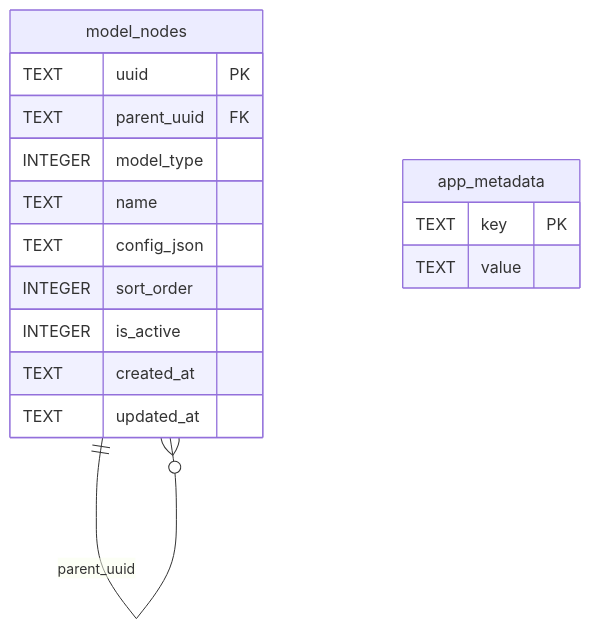
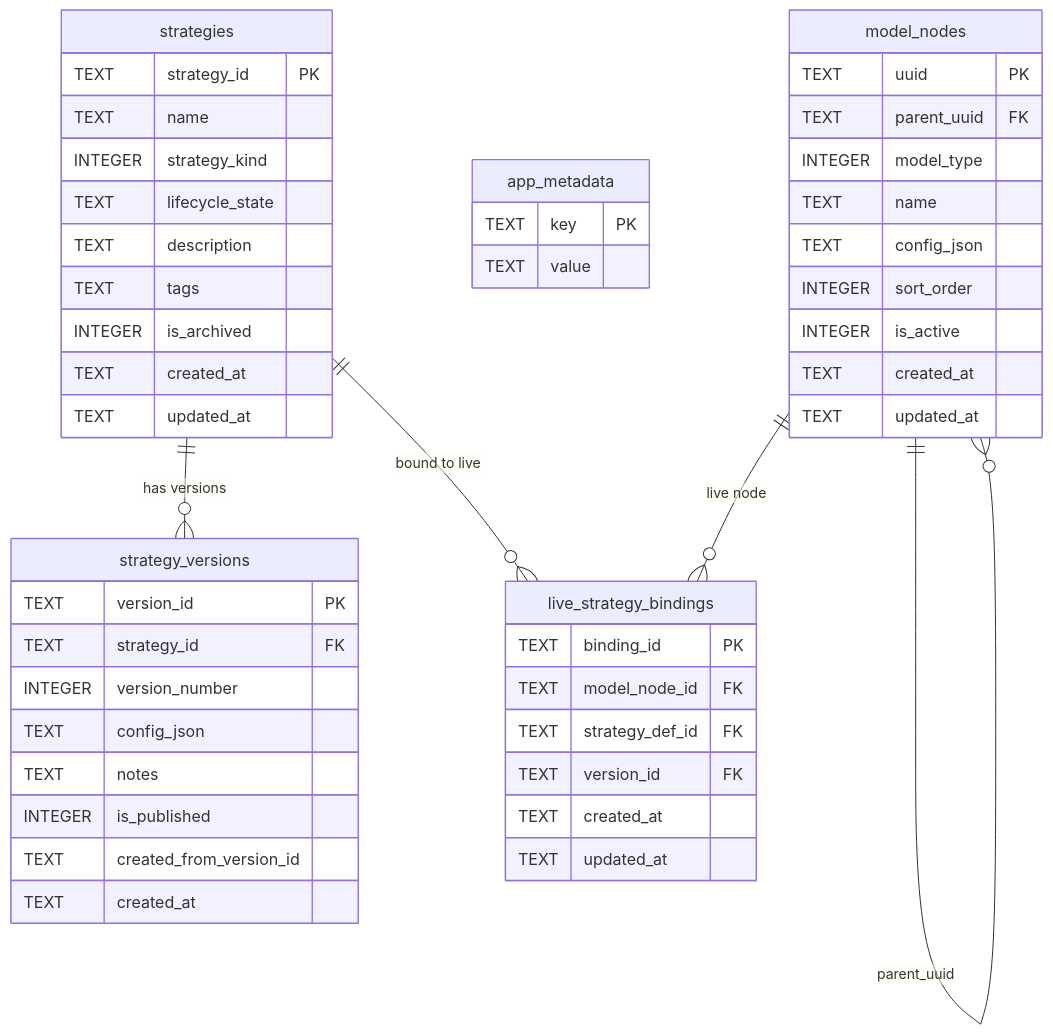
One commit to CloseToAlgoTrading/IbTradeQtDev changed diagram 19 of 22 in IbTradeQt/docs/ARCHITECTURE.md. Above: the diagram before and after it, drawn with Mermaid. The commit also changed other lines of this file and 33 other files, not shown here.

````diff
--- a/IbTradeQt/docs/ARCHITECTURE.md
+++ b/IbTradeQt/docs/ARCHITECTURE.md
@@ -754,19 +873,51 @@
 ```mermaid
 erDiagram
     model_nodes {
         TEXT uuid PK
         TEXT parent_uuid FK
         INTEGER model_type
         TEXT name
         TEXT config_json
         INTEGER sort_order
         INTEGER is_active
         TEXT created_at
         TEXT updated_at
     }
     app_metadata {
         TEXT key PK
         TEXT value
     }
+    strategies {
+        TEXT strategy_id PK
+        TEXT name
+        INTEGER strategy_kind
+        TEXT lifecycle_state
+        TEXT description
+        TEXT tags
+        INTEGER is_archived
+        TEXT created_at
+        TEXT updated_at
+    }
+    strategy_versions {
+        TEXT version_id PK
+        TEXT strategy_id FK
+        INTEGER version_number
+        TEXT config_json
+        TEXT notes
+        INTEGER is_published
+        TEXT created_from_version_id
+        TEXT created_at
+    }
+    live_strategy_bindings {
+        TEXT binding_id PK
+        TEXT model_node_id FK
+        TEXT strategy_def_id FK
+        TEXT version_id FK
+        TEXT created_at
+        TEXT updated_at
+    }
     model_nodes ||--o{ model_nodes : "parent_uuid"
+    strategies ||--o{ strategy_versions : "has versions"
+    strategies ||--o{ live_strategy_bindings : "bound to live"
+    model_nodes ||--o{ live_strategy_bindings : "live node"
 ```
````
